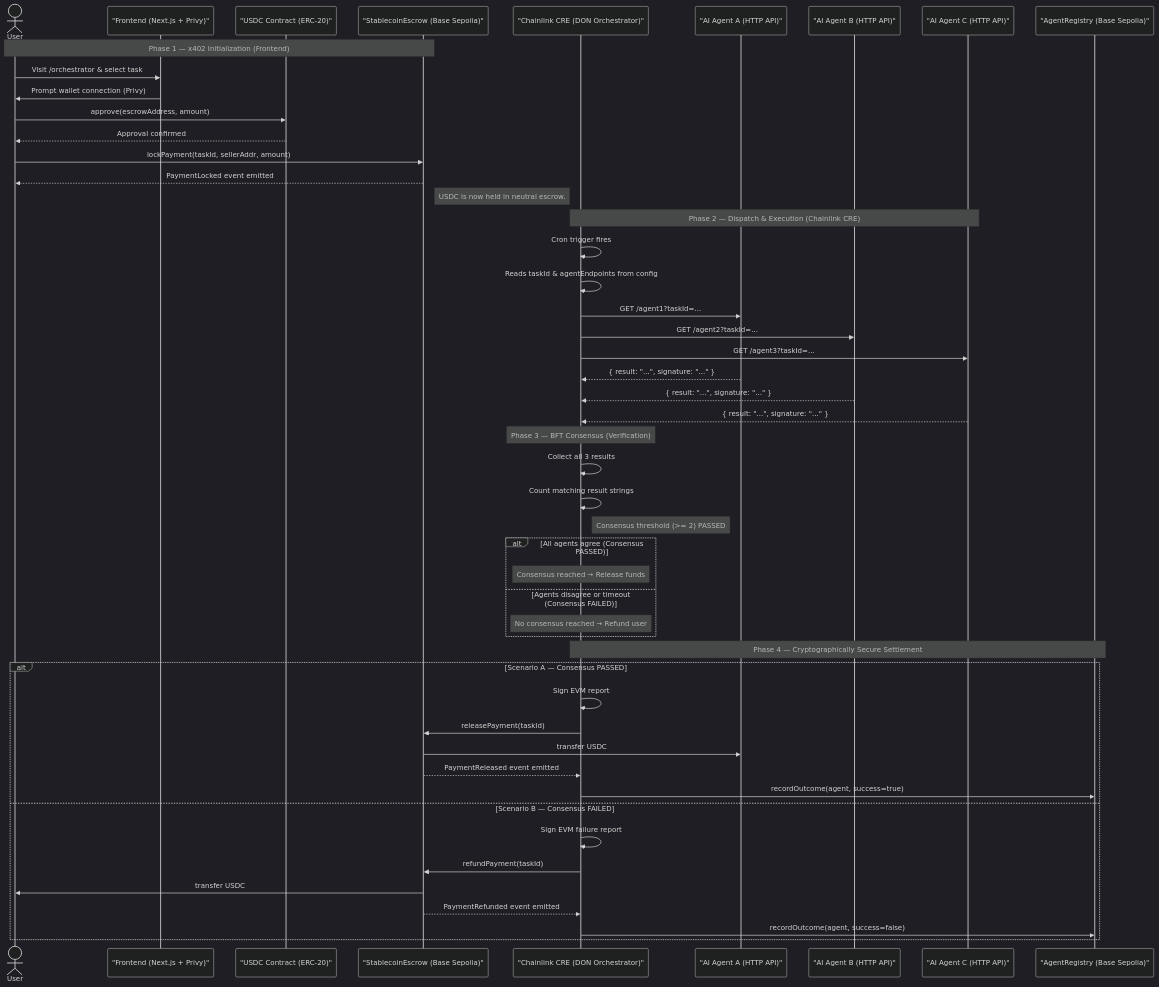
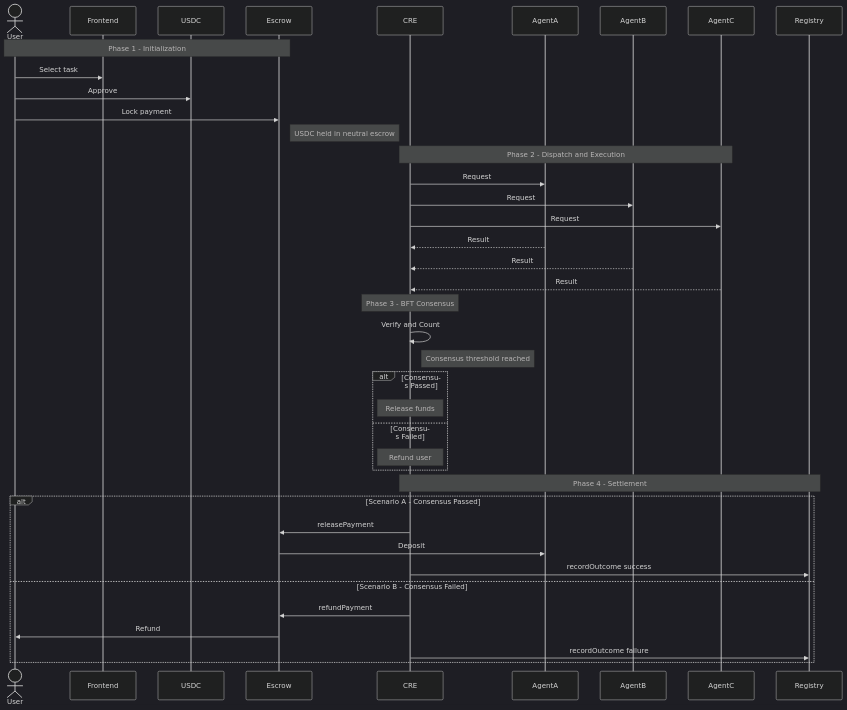
Before and after one commit to devfola/LinkGate: the diagram in LinkGate_Architecture.md, drawn with Mermaid (dark theme). The commit also changed 1 other file, not shown here.

Commit message:
docs: use ultra-minimalist Mermaid syntax for maximum GitHub compatibility

````diff
--- a/LinkGate_Architecture.md
+++ b/LinkGate_Architecture.md
@@ -42,57 +42,47 @@
 ```mermaid
 sequenceDiagram
     actor User
-    participant Frontend as "Frontend (Next.js + Privy)"
-    participant USDC as "USDC Contract (ERC-20)"
-    participant Escrow as "StablecoinEscrow (Base Sepolia)"
-    participant CRE as "Chainlink CRE (DON Orchestrator)"
-    participant AgentA as "AI Agent A (HTTP API)"
-    participant AgentB as "AI Agent B (HTTP API)"
-    participant AgentC as "AI Agent C (HTTP API)"
-    participant Registry as "AgentRegistry (Base Sepolia)"
+    participant Frontend
+    participant USDC
+    participant Escrow
+    participant CRE
+    participant AgentA
+    participant AgentB
+    participant AgentC
+    participant Registry
 
-    Note over User, Escrow: Phase 1 — x402 Initialization (Frontend)
-    User->>Frontend: Visit /orchestrator & select task
-    Frontend->>User: Prompt wallet connection (Privy)
-    User->>USDC: approve(escrowAddress, amount)
-    USDC-->>User: Approval confirmed
-    User->>Escrow: lockPayment(taskId, sellerAddr, amount)
-    Escrow-->>User: PaymentLocked event emitted
-    Note right of Escrow: USDC is now held in neutral escrow.
+    Note over User, Escrow: Phase 1 - Initialization
+    User->>Frontend: Select task
+    User->>USDC: Approve
+    User->>Escrow: Lock payment
+    Note right of Escrow: USDC held in neutral escrow
 
-    Note over CRE, AgentC: Phase 2 — Dispatch & Execution (Chainlink CRE)
-    CRE->>CRE: Cron trigger fires
-    CRE->>CRE: Reads taskId & agentEndpoints from config
-    CRE->>AgentA: GET /agent1?taskId=...
-    CRE->>AgentB: GET /agent2?taskId=...
-    CRE->>AgentC: GET /agent3?taskId=...
-    AgentA-->>CRE: { result: "...", signature: "..." }
-    AgentB-->>CRE: { result: "...", signature: "..." }
-    AgentC-->>CRE: { result: "...", signature: "..." }
+    Note over CRE, AgentC: Phase 2 - Dispatch and Execution
+    CRE->>AgentA: Request
+    CRE->>AgentB: Request
+    CRE->>AgentC: Request
+    AgentA-->>CRE: Result
+    AgentB-->>CRE: Result
+    AgentC-->>CRE: Result
 
-    Note over CRE: Phase 3 — BFT Consensus (Verification)
-    CRE->>CRE: Collect all 3 results
-    CRE->>CRE: Count matching result strings
-    Note right of CRE: Consensus threshold (>= 2) PASSED
+    Note over CRE: Phase 3 - BFT Consensus
+    CRE->>CRE: Verify and Count
+    Note right of CRE: Consensus threshold reached
 
-    alt All agents agree (Consensus PASSED)
-        Note over CRE: Consensus reached → Release funds
-    else Agents disagree or timeout (Consensus FAILED)
-        Note over CRE: No consensus reached → Refund user
+    alt Consensus Passed
+        Note over CRE: Release funds
+    else Consensus Failed
+        Note over CRE: Refund user
     end
 
-    Note over CRE, Registry: Phase 4 — Cryptographically Secure Settlement
-    alt Scenario A — Consensus PASSED
-        CRE->>CRE: Sign EVM report
-        CRE->>Escrow: releasePayment(taskId)
-        Escrow->>AgentA: transfer USDC
-        Escrow-->>CRE: PaymentReleased event emitted
-        CRE->>Registry: recordOutcome(agent, success=true)
-    else Scenario B — Consensus FAILED
-        CRE->>CRE: Sign EVM failure report
-        CRE->>Escrow: refundPayment(taskId)
-        Escrow->>User: transfer USDC
-        Escrow-->>CRE: PaymentRefunded event emitted
-        CRE->>Registry: recordOutcome(agent, success=false)
+    Note over CRE, Registry: Phase 4 - Settlement
+    alt Scenario A - Consensus Passed
+        CRE->>Escrow: releasePayment
+        Escrow->>AgentA: Deposit
+        CRE->>Registry: recordOutcome success
+    else Scenario B - Consensus Failed
+        CRE->>Escrow: refundPayment
+        Escrow->>User: Refund
+        CRE->>Registry: recordOutcome failure
     end
 ```
````
